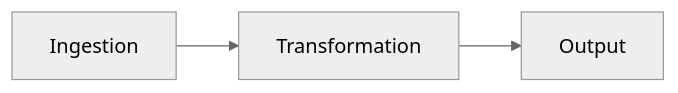
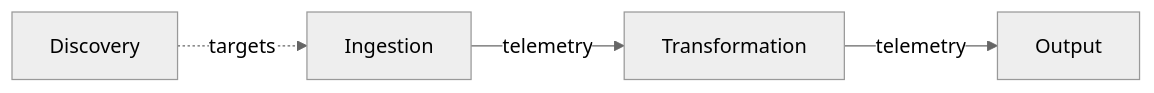
The diagram in docs/sources/telemetry-flow/_index.md (grafana/alloy), drawn with Mermaid (neutral theme) before and after one commit. The commit also changed other lines of this file and 5 other files, not shown here.

```diff
--- a/docs/sources/telemetry-flow/_index.md
+++ b/docs/sources/telemetry-flow/_index.md
@@ -45,4 +45,4 @@
 {{< mermaid >}}
 flowchart LR
-  Ingestion --> Transformation --> Output
+  Discovery -.->|targets| Ingestion -->|telemetry| Transformation -->|telemetry| Output
 {{< /mermaid >}}
```
